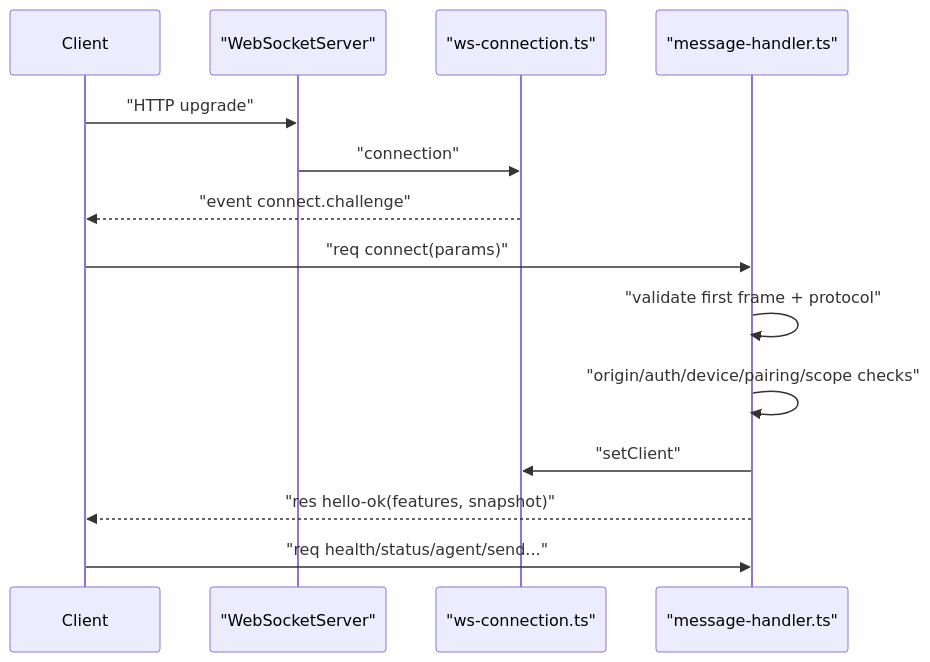
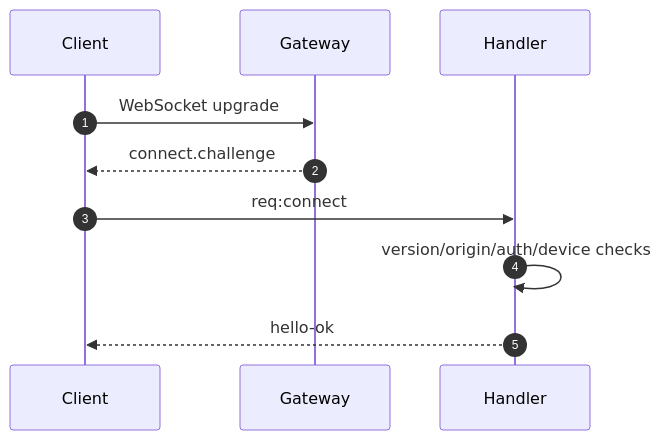
The second of 3 diagrams in research/openclaw/runtime-flows.md (skybat007/octopus-research-kit), drawn with Mermaid before and after one commit. The commit also changed other lines of this file and 83 other files, not shown here.

````diff
--- a/research/openclaw/runtime-flows.md
+++ b/research/openclaw/runtime-flows.md
@@ -39,17 +60,12 @@
 ```mermaid
 sequenceDiagram
-  participant Client
-  participant WSS as "WebSocketServer"
-  participant Conn as "ws-connection.ts"
-  participant Handler as "message-handler.ts"
-
-  Client->>WSS: "HTTP upgrade"
-  WSS->>Conn: "connection"
-  Conn-->>Client: "event connect.challenge"
-  Client->>Handler: "req connect(params)"
-  Handler->>Handler: "validate first frame + protocol"
-  Handler->>Handler: "origin/auth/device/pairing/scope checks"
-  Handler->>Conn: "setClient"
-  Handler-->>Client: "res hello-ok(features, snapshot)"
-  Client->>Handler: "req health/status/agent/send..."
+    autonumber
+    participant Client
+    participant Gateway
+    participant Handler
+    Client->>Gateway: WebSocket upgrade
+    Gateway-->>Client: connect.challenge
+    Client->>Handler: req:connect
+    Handler->>Handler: version/origin/auth/device checks
+    Handler-->>Client: hello-ok
 ```
````
